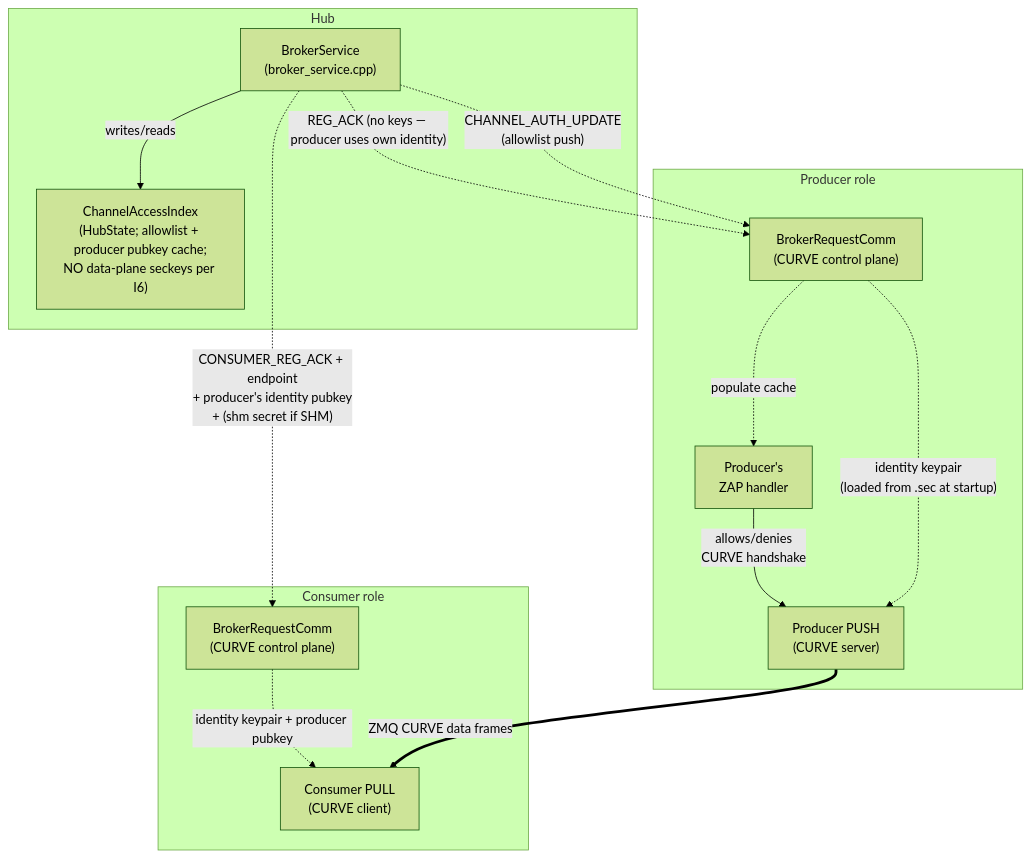
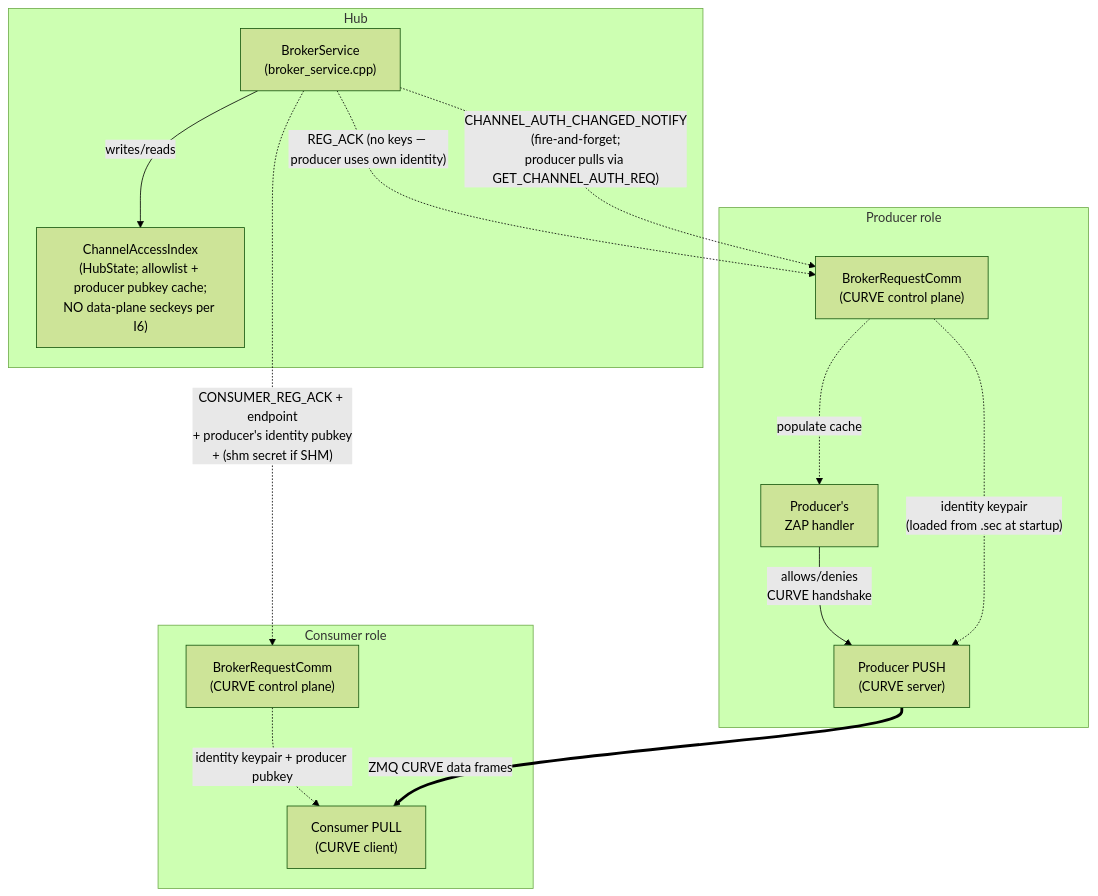
One commit to Qing-LAB/pylabhub changed the first of 11 diagrams in docs/HEP/HEP-CORE-0036-Authenticated-Connection-Establishment.md. Above: the diagram before and after it, drawn with Mermaid (forest theme). The commit also changed other lines of this file and 1 other file, not shown here.

````diff
--- a/docs/HEP/HEP-CORE-0036-Authenticated-Connection-Establishment.md
+++ b/docs/HEP/HEP-CORE-0036-Authenticated-Connection-Establishment.md
@@ -449,30 +459,30 @@
 ```mermaid
 graph TB
     subgraph Hub
         Broker["BrokerService<br/>(broker_service.cpp)"]
         AccessIndex["ChannelAccessIndex<br/>(HubState; allowlist + producer pubkey cache;<br/>NO data-plane seckeys per I6)"]
         Broker -- writes/reads --> AccessIndex
     end
 
     subgraph "Producer role"
         ProdBRC["BrokerRequestComm<br/>(CURVE control plane)"]
         ProdZap["Producer's<br/>ZAP handler"]
         ProdPush["Producer PUSH<br/>(CURVE server)"]
         ProdZap -- "allows/denies<br/>CURVE handshake" --> ProdPush
     end
 
     subgraph "Consumer role"
         ConsBRC["BrokerRequestComm<br/>(CURVE control plane)"]
         ConsPull["Consumer PULL<br/>(CURVE client)"]
     end
 
     Broker -. "REG_ACK (no keys — producer uses own identity)" .-> ProdBRC
-    Broker -. "CHANNEL_AUTH_UPDATE<br/>(allowlist push)" .-> ProdBRC
+    Broker -. "CHANNEL_AUTH_CHANGED_NOTIFY<br/>(fire-and-forget;<br/>producer pulls via GET_CHANNEL_AUTH_REQ)" .-> ProdBRC
     ProdBRC -. "populate cache" .-> ProdZap
     ProdBRC -. "identity keypair<br/>(loaded from .sec at startup)" .-> ProdPush
 
     Broker -. "CONSUMER_REG_ACK + endpoint<br/>+ producer's identity pubkey<br/>+ (shm secret if SHM)" .-> ConsBRC
     ConsBRC -. "identity keypair + producer pubkey" .-> ConsPull
 
     ProdPush == "ZMQ CURVE data frames" ==> ConsPull
 ```
````
